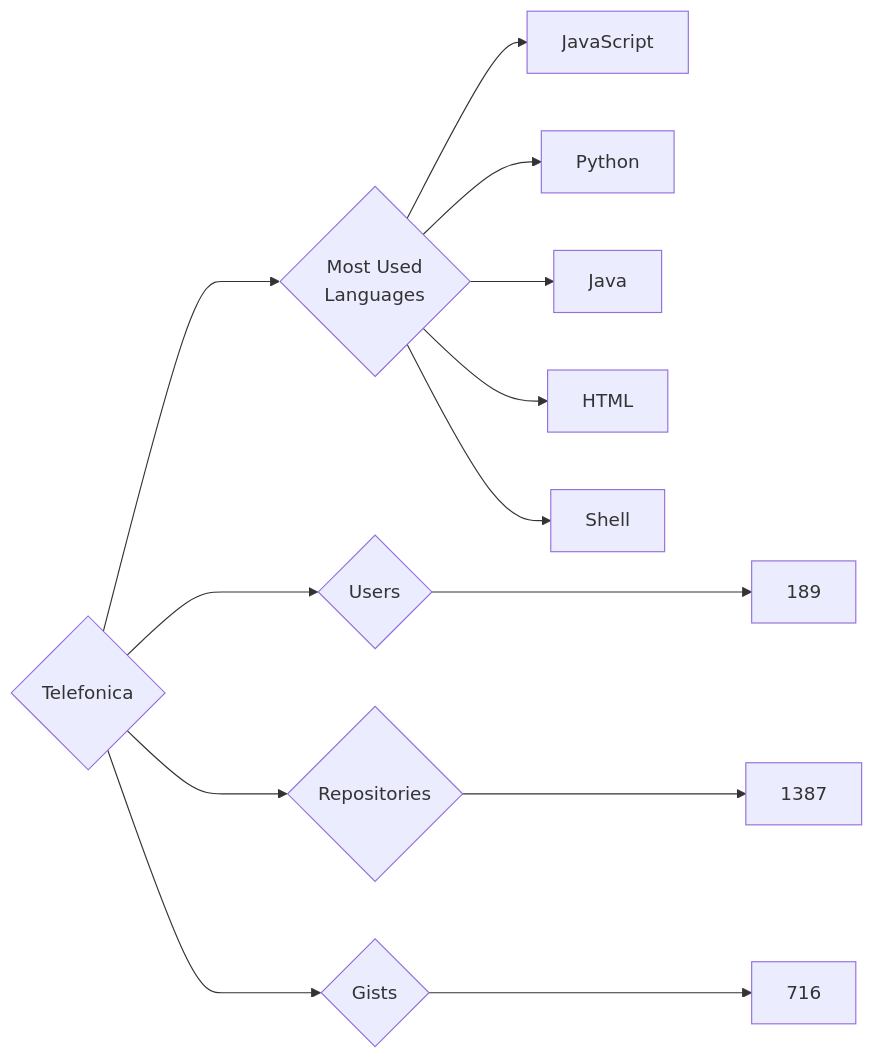
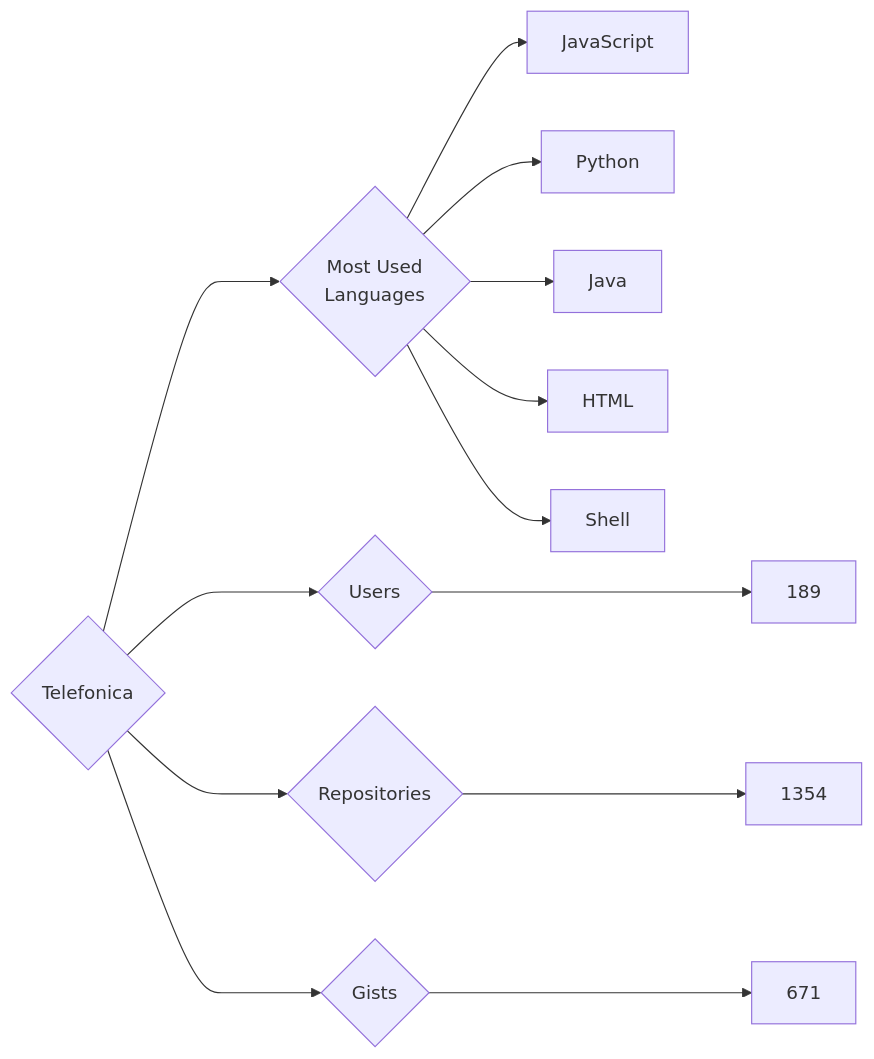
One commit to trickest/insiders changed the diagram in targets/Telefonica/README.md. Above: the diagram before and after it, drawn with Mermaid. The commit also changed 920 other files, not shown here.

````diff
--- a/targets/Telefonica/README.md
+++ b/targets/Telefonica/README.md
@@ -3,13 +3,13 @@
 ```mermaid
 graph LR
 COMPANY_NAME{Telefonica}
 COMPANY_NAME ---> U{Users} ---> UN[189]
-COMPANY_NAME ---> R{Repositories} ---> RN[1387]
-COMPANY_NAME ---> G{Gists} ---> GN[716]
+COMPANY_NAME ---> R{Repositories} ---> RN[1354]
+COMPANY_NAME ---> G{Gists} ---> GN[671]
 COMPANY_NAME ---> ML{Most Used<br>Languages}
 ML --> JavaScript[JavaScript]
 ML --> Python[Python]
 ML --> Java[Java]
 ML --> HTML[HTML]
 ML --> Shell[Shell]
 ```
````
